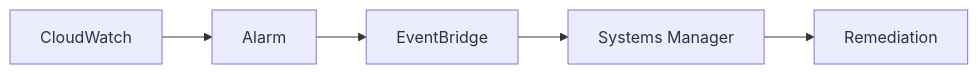
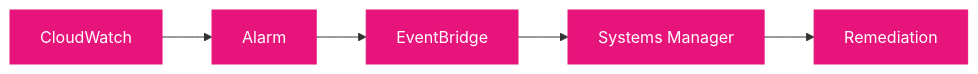
The seventh of 15 diagrams in AGENTS.md (GabrielAlmeidaFlores/AWS-CloudOps-Engineer-Associate-Doc), drawn with Mermaid before and after one commit. The commit also changed other lines of this file and 22 other files, not shown here.

First line of the commit message:
docs: AWS-styled Mermaid, IAM/VPC console screenshots, and AGENTS.md rules

````diff
--- a/AGENTS.md
+++ b/AGENTS.md
@@ -1624,4 +1640,8 @@
 ```mermaid
 flowchart LR
-    CW[CloudWatch] --> Alarm[Alarm] --> EB[EventBridge] --> SSM["Systems Manager"] --> R[Remediation]
+    CW["CloudWatch"] --> AL["Alarm"] --> EB["EventBridge"] --> SSM["Systems Manager"] --> R["Remediation"]
+    classDef mgmt fill:#E7157B,stroke:#E7157B,color:#ffffff
+    classDef integ fill:#E7157B,stroke:#E7157B,color:#ffffff
+    class CW,AL,SSM,R mgmt
+    class EB integ
 ```
````
